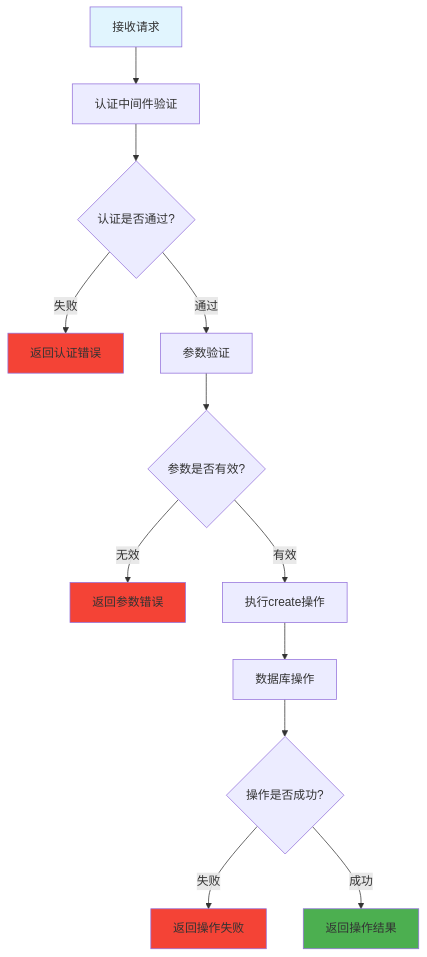
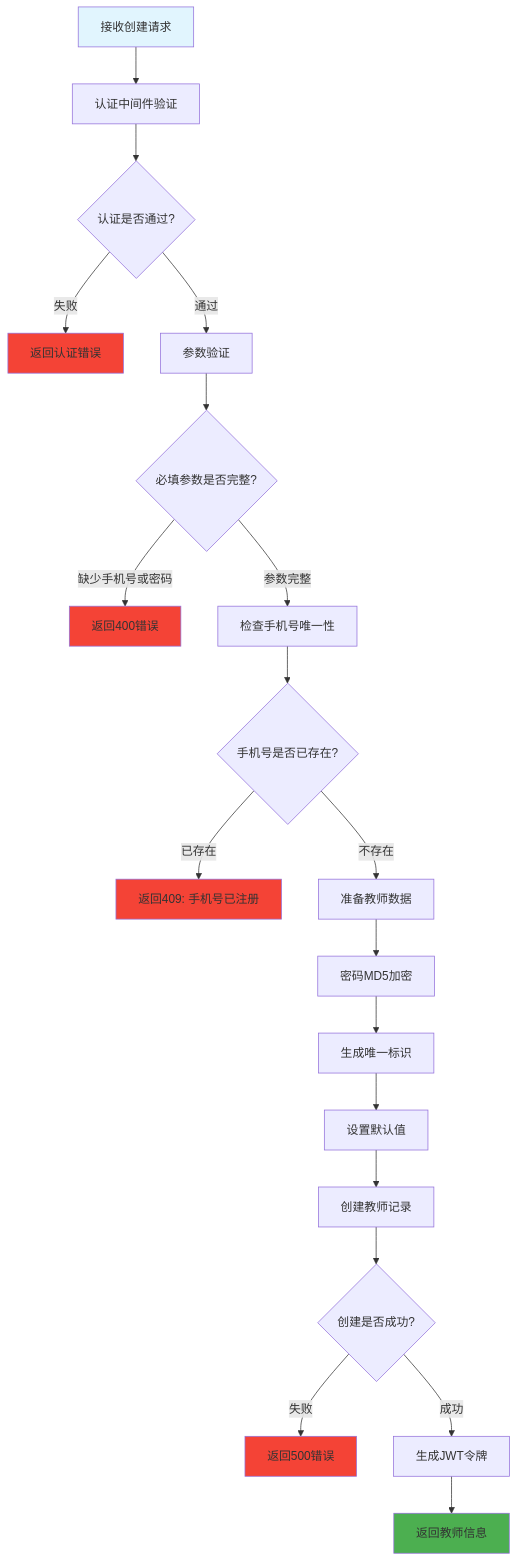
The diagram in ikanyue.mapi.hono/src/routes/teacher/create.js.md (imatrixme/ikanyue), drawn with Mermaid before and after one commit. The commit also changed other lines of this file and 10 other files, not shown here.

````diff
--- a/ikanyue.mapi.hono/src/routes/teacher/create.js.md
+++ b/ikanyue.mapi.hono/src/routes/teacher/create.js.md
@@ -8,20 +9,28 @@
 ```mermaid
 flowchart TD
-    A[接收请求] --> B[认证中间件验证]
+    A[接收创建请求] --> B[认证中间件验证]
     B --> C{认证是否通过?}
     C -->|失败| D[返回认证错误]
     C -->|通过| E[参数验证]
-    E --> F{参数是否有效?}
-    F -->|无效| G[返回参数错误]
-    F -->|有效| H[执行create操作]
-    H --> I[数据库操作]
-    I --> J{操作是否成功?}
-    J -->|失败| K[返回操作失败]
-    J -->|成功| L[返回操作结果]
-    
+    E --> F{必填参数是否完整?}
+    F -->|缺少手机号或密码| G[返回400错误]
+    F -->|参数完整| H[检查手机号唯一性]
+    H --> I{手机号是否已存在?}
+    I -->|已存在| J[返回409: 手机号已注册]
+    I -->|不存在| K[准备教师数据]
+    K --> L[密码MD5加密]
+    L --> M[生成唯一标识]
+    M --> N[设置默认值]
+    N --> O[创建教师记录]
+    O --> P{创建是否成功?}
+    P -->|失败| Q[返回500错误]
+    P -->|成功| R[生成JWT令牌]
+    R --> S[返回教师信息]
+
     style A fill:#e1f5fe
-    style L fill:#4caf50
+    style S fill:#4caf50
     style D fill:#f44336
     style G fill:#f44336
-    style K fill:#f44336
+    style J fill:#f44336
+    style Q fill:#f44336
 ```
````
